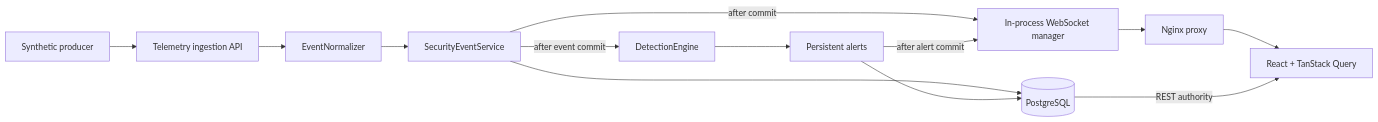
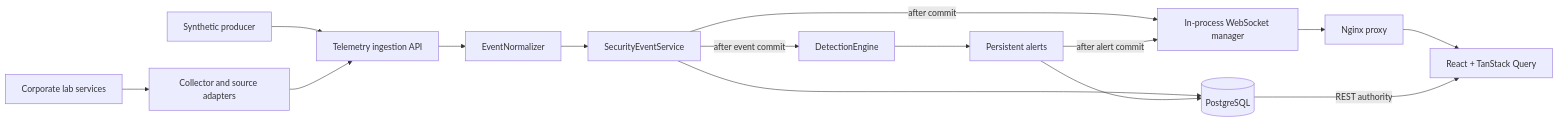
The diagram in docs/telemetry.md (Mayroskapnos/sentinel-security-platform), drawn with Mermaid before and after one commit. The commit also changed other lines of this file and 63 other files, not shown here.

Commit message:
feat: implement isolated corporate security lab

````diff
--- a/docs/telemetry.md
+++ b/docs/telemetry.md
@@ -7,26 +7,30 @@
 ```mermaid
 flowchart LR
     Producer[Synthetic producer]
+    Lab[Corporate lab services]
+    Collector[Collector and source adapters]
     API[Telemetry ingestion API]
     Normalizer[EventNormalizer]
     Service[SecurityEventService]
     Engine[DetectionEngine]
     Alerts[Persistent alerts]
     DB[(PostgreSQL)]
     WS[In-process WebSocket manager]
     Nginx[Nginx proxy]
     UI[React + TanStack Query]
 
     Producer --> API
+    Lab --> Collector
+    Collector --> API
     API --> Normalizer
     Normalizer --> Service
     Service --> DB
     Service -->|after commit| WS
     Service -->|after event commit| Engine
     Engine --> Alerts
     Alerts --> DB
     Alerts -->|after alert commit| WS
     WS --> Nginx
     Nginx --> UI
     DB -->|REST authority| UI
 ```
````
